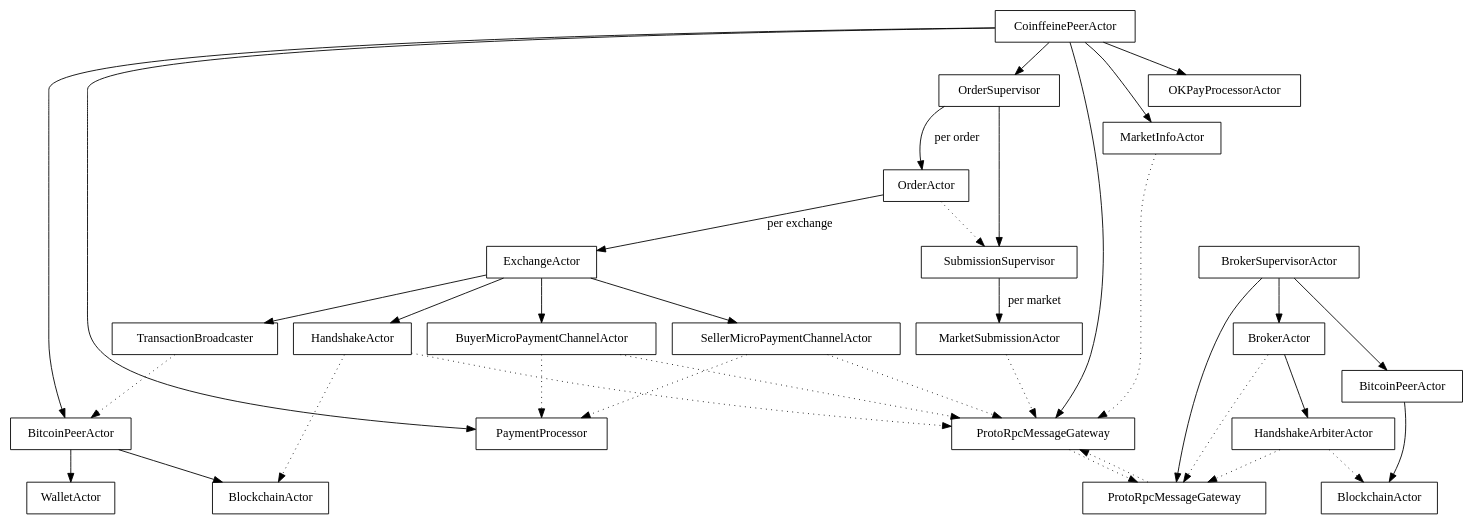
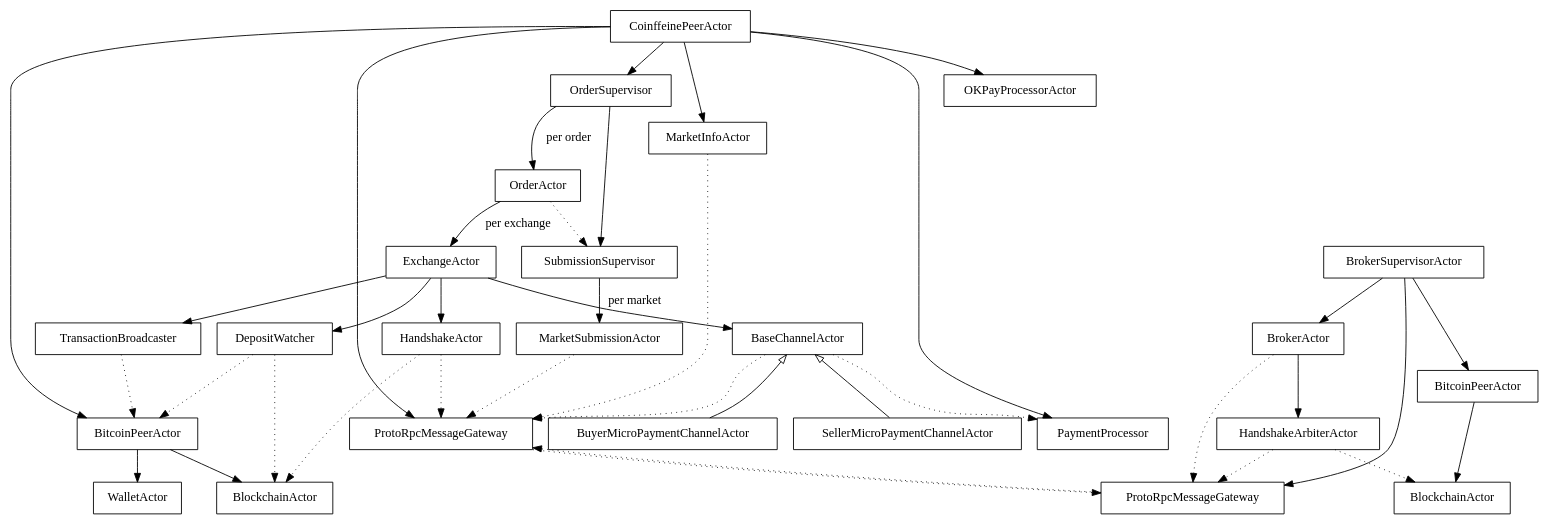
Before and after one commit to csesteban/coinffeine: the diagram in doc/graphviz/actor-supervision.dot, drawn with Graphviz.

Commit message:
Update supervision diagram

```diff
--- a/doc/graphviz/actor-supervision.dot
+++ b/doc/graphviz/actor-supervision.dot
@@ -1,50 +1,51 @@
 digraph {
 	node[shape=rectangle];
 
 	ProtoRpcMessageGateway1[label="ProtoRpcMessageGateway"];
 	ProtoRpcMessageGateway2[label="ProtoRpcMessageGateway"];
 	ProtoRpcMessageGateway1 -> ProtoRpcMessageGateway2 [style=dotted];
 	ProtoRpcMessageGateway2 -> ProtoRpcMessageGateway1 [style=dotted];
 
 	BitcoinPeerActor1[label="BitcoinPeerActor"];
 	BlockchainActor1[label="BlockchainActor"];
 	BitcoinPeerActor1 -> BlockchainActor1, WalletActor;
 	BitcoinPeerActor2[label="BitcoinPeerActor"];
 	BlockchainActor2[label="BlockchainActor"];
 	BitcoinPeerActor2 -> BlockchainActor2;
 
 	#############################################################
 	# Client side
 	CoinffeinePeerActor -> ProtoRpcMessageGateway1, OrderSupervisor,
                                BitcoinPeerActor1, PaymentProcessor,
 			       OKPayProcessorActor;
 	CoinffeinePeerActor -> MarketInfoActor;
 
 	MarketInfoActor -> ProtoRpcMessageGateway1[style=dotted];
 	OrderSupervisor -> SubmissionSupervisor;
 	SubmissionSupervisor -> MarketSubmissionActor[label="per market"];
 	OrderSupervisor -> OrderActor[label="per order"];
 	OrderActor -> ExchangeActor [label="per exchange"];
 	MarketSubmissionActor -> ProtoRpcMessageGateway1[style=dotted];
 	OrderActor -> SubmissionSupervisor [style=dotted];
 
 	# Client exchange
 	ExchangeActor -> HandshakeActor, 
-		         BuyerMicroPaymentChannelActor, 
-		         SellerMicroPaymentChannelActor, 
-			 TransactionBroadcaster;
+	                 BaseChannelActor,
+			 TransactionBroadcaster,
+			 DepositWatcher;
 	HandshakeActor -> ProtoRpcMessageGateway1, BlockchainActor1 [style=dotted];
 	TransactionBroadcaster -> BitcoinPeerActor1 [style=dotted];
-	BuyerMicroPaymentChannelActor -> ProtoRpcMessageGateway1, PaymentProcessor [style=dotted];
-	SellerMicroPaymentChannelActor -> ProtoRpcMessageGateway1, PaymentProcessor [style=dotted];
+	BaseChannelActor -> ProtoRpcMessageGateway1, PaymentProcessor [style=dotted];
+	BaseChannelActor -> BuyerMicroPaymentChannelActor, SellerMicroPaymentChannelActor [dir = "back", arrowtail = "empty"];
+	DepositWatcher -> BitcoinPeerActor1, BlockchainActor1 [style=dotted];
 
 
 	#############################################################
 	# Server side
 	BrokerSupervisorActor -> BrokerActor, ProtoRpcMessageGateway2,
  			         BitcoinPeerActor2;
 	BrokerActor -> ProtoRpcMessageGateway2[style=dotted];
 	BrokerActor -> HandshakeArbiterActor;
 	HandshakeArbiterActor -> ProtoRpcMessageGateway2[style=dotted];
 	HandshakeArbiterActor -> BlockchainActor2[style=dotted];
 }
```
